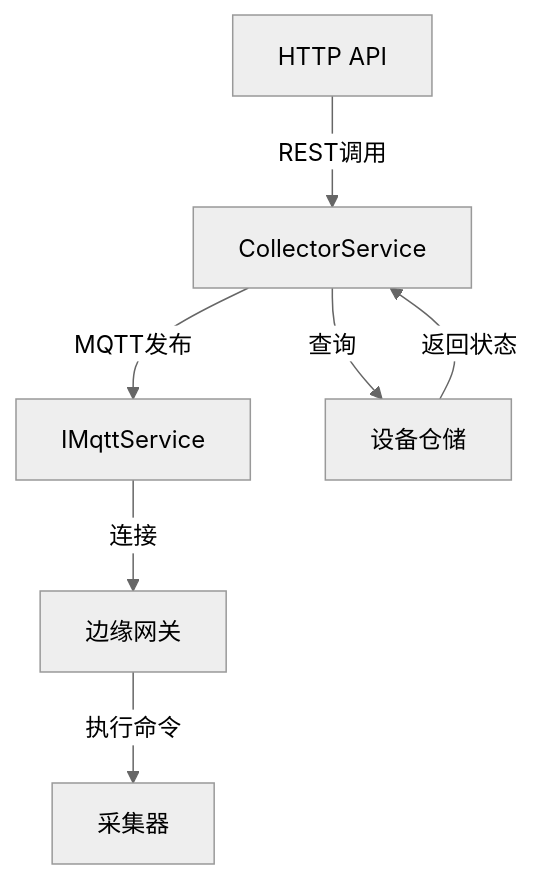
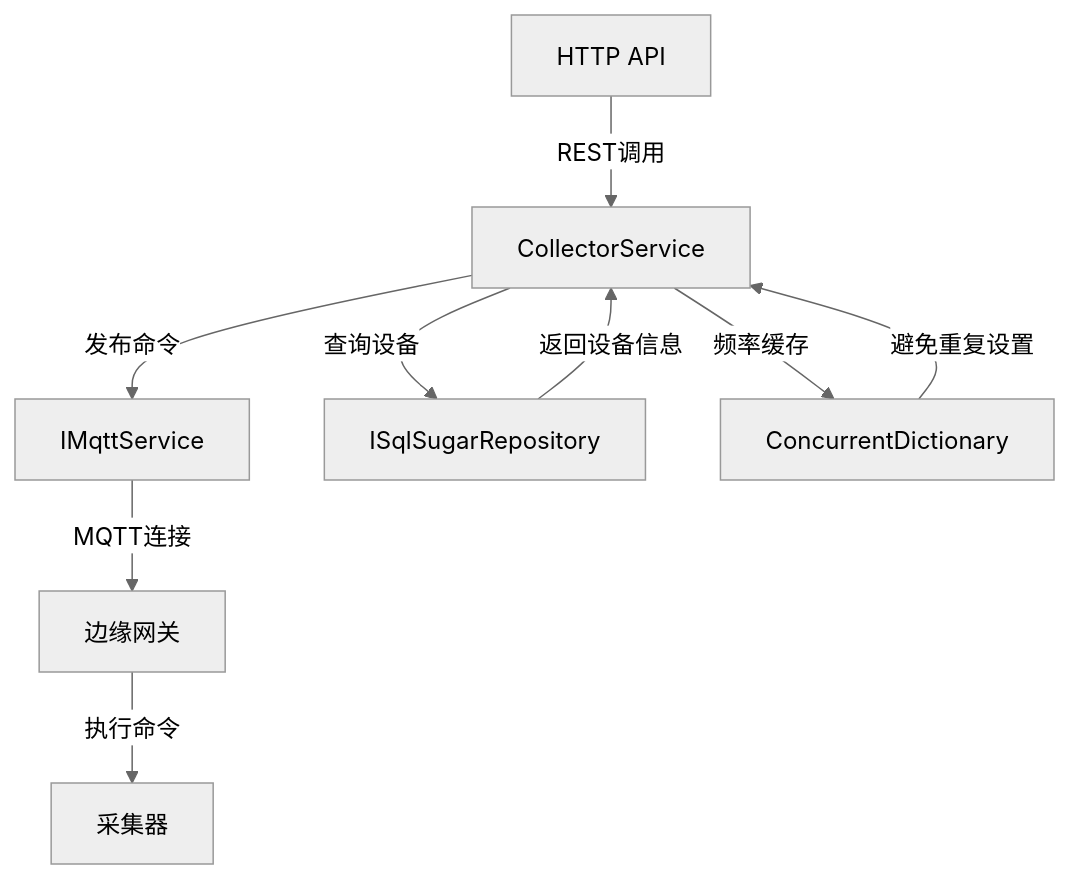
The first of 4 diagrams in voiceprint_backend_docs/Modules/ast-intellisub/Alarm/CollectorService.md (Zhoutenong/Obsidian_Voiceprint), drawn with Mermaid (neutral theme) before and after one commit. The commit also changed other lines of this file and 25 other files, not shown here.

````diff
--- a/voiceprint_backend_docs/Modules/ast-intellisub/Alarm/CollectorService.md
+++ b/voiceprint_backend_docs/Modules/ast-intellisub/Alarm/CollectorService.md
@@ -25,9 +25,11 @@
 ```mermaid
 graph TD
     A[HTTP API] -->|REST调用| B[CollectorService]
-    B -->|MQTT发布| C[IMqttService]
-    C -->|连接| D[边缘网关]
+    B -->|发布命令| C[IMqttService]
+    C -->|MQTT连接| D[边缘网关]
     D -->|执行命令| E[采集器]
-    B -->|查询| F[设备仓储]
-    F -->|返回状态| B
+    B -->|查询设备| F[ISqlSugarRepository]
+    F -->|返回设备信息| B
+    B -->|频率缓存| G[ConcurrentDictionary]
+    G -->|避免重复设置| B
 ```
````
